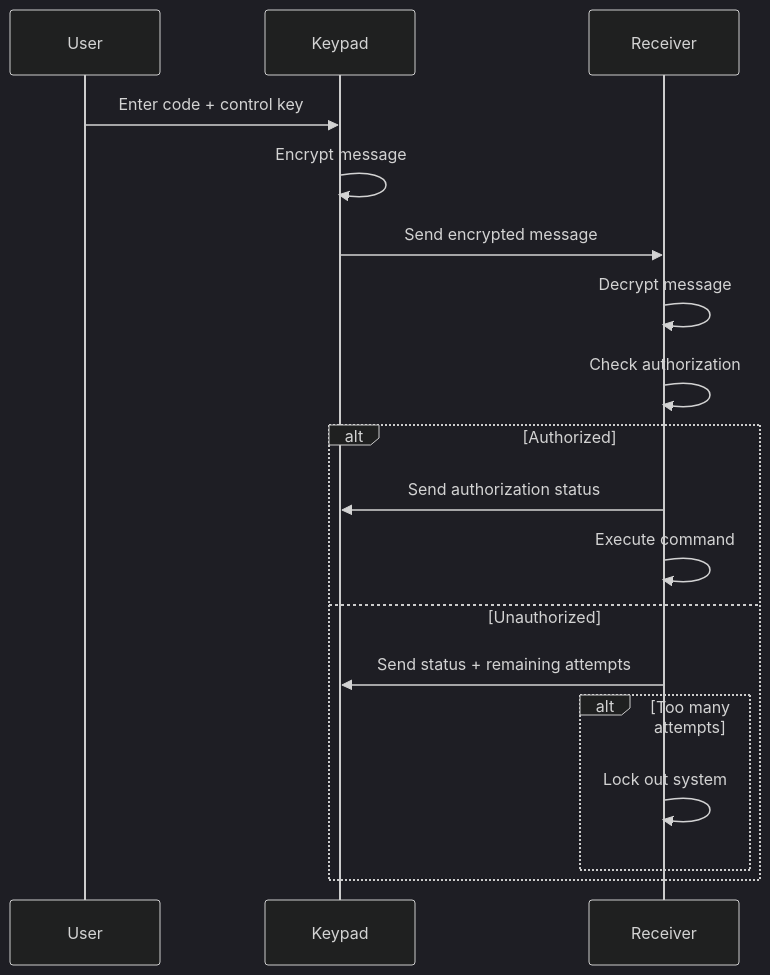
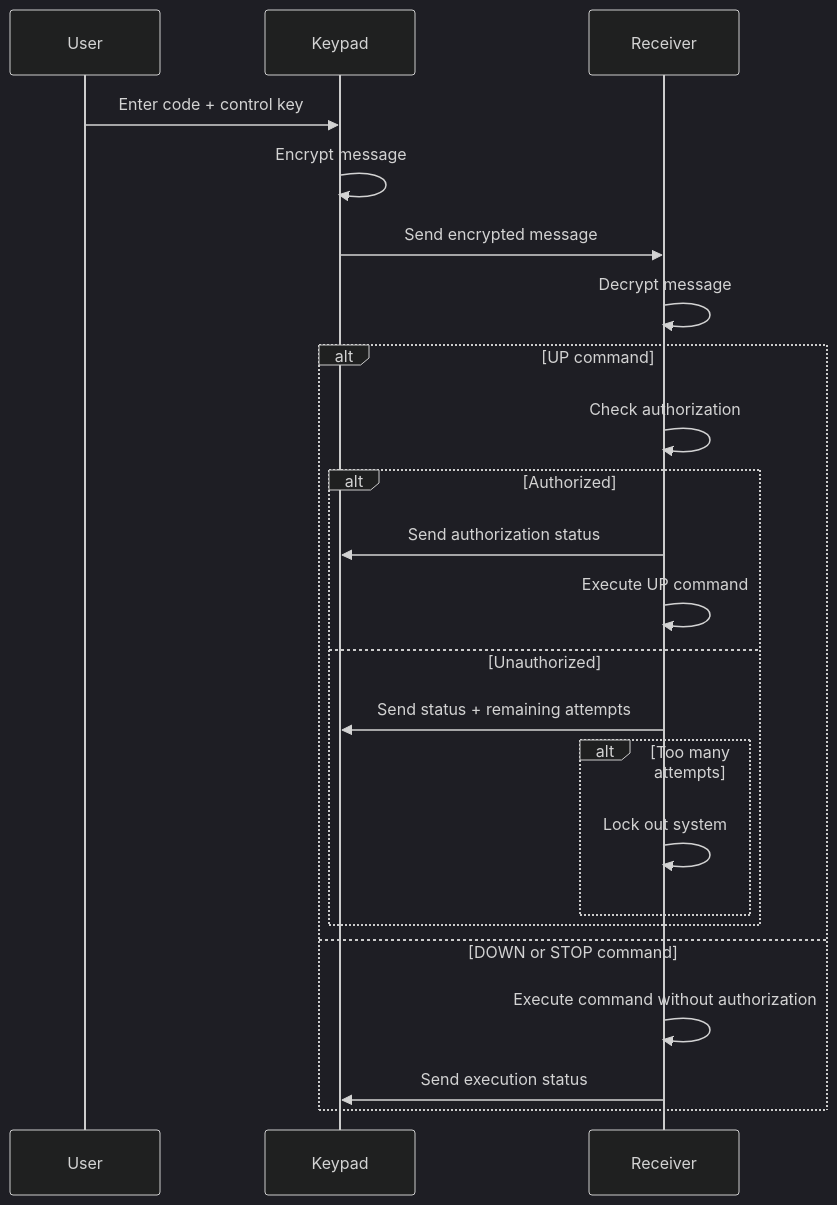
One commit to michaelruppe/touch-keypad changed the diagram in README.md. Above: the diagram before and after it, drawn with Mermaid (dark theme). The commit also changed other lines of this file, not shown here.

Commit message:
update diagram

````diff
--- a/README.md
+++ b/README.md
@@ -10,21 +12,27 @@
 ```mermaid
 sequenceDiagram
     participant User
     participant Keypad
     participant Receiver
     
     User->>Keypad: Enter code + control key
     Keypad->>Keypad: Encrypt message
     Keypad->>Receiver: Send encrypted message
     Receiver->>Receiver: Decrypt message
-    Receiver->>Receiver: Check authorization
-    alt Authorized
-        Receiver->>Keypad: Send authorization status
-        Receiver->>Receiver: Execute command
-    else Unauthorized
-        Receiver->>Keypad: Send status + remaining attempts
-        alt Too many attempts
-            Receiver->>Receiver: Lock out system
+    
+    alt UP command
+        Receiver->>Receiver: Check authorization
+        alt Authorized
+            Receiver->>Keypad: Send authorization status
+            Receiver->>Receiver: Execute UP command
+        else Unauthorized
+            Receiver->>Keypad: Send status + remaining attempts
+            alt Too many attempts
+                Receiver->>Receiver: Lock out system
+            end
         end
+    else DOWN or STOP command
+        Receiver->>Receiver: Execute command without authorization
+        Receiver->>Keypad: Send execution status
     end
 ```
````
